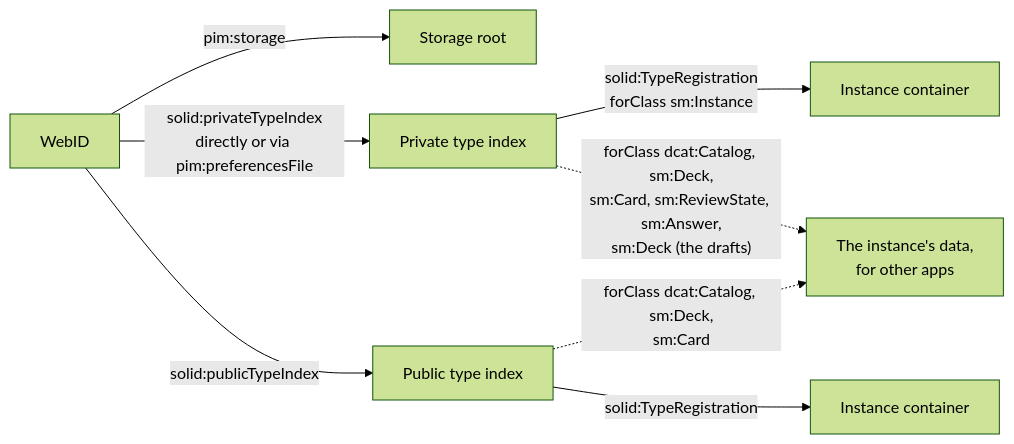
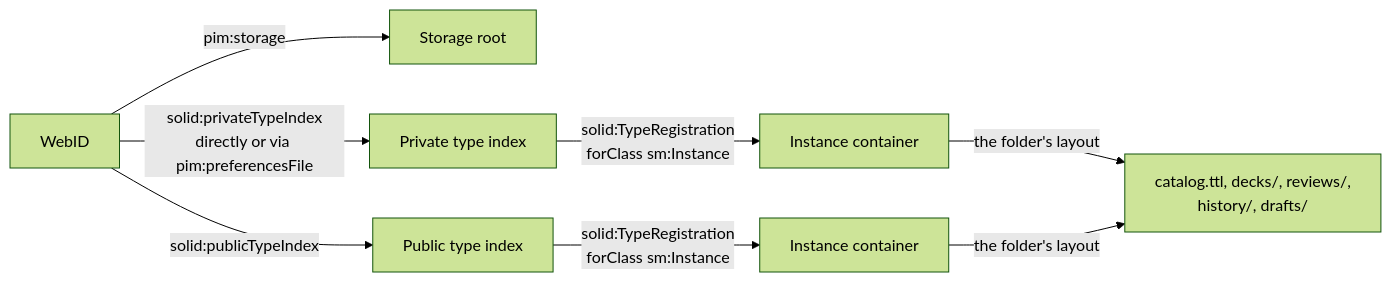
Before and after one commit to solid-memo/website: the second of 4 diagrams in docs/data-model.md, drawn with Mermaid (forest theme). The commit also changed other lines of this file and 43 other files, not shown here.

````diff
--- a/docs/data-model.md
+++ b/docs/data-model.md
@@ -50,12 +50,12 @@
 ```mermaid
 flowchart LR
     accTitle: The discovery chain
-    accDescr: From the WebID, the app follows the storage and the private and public type indexes to the instance container, and to the registrations other apps read.
+    accDescr: From the WebID, the app follows the storage and the private and public type indexes to the instance container, and from the instance's folder to the rest of its data.
     W[WebID] -->|pim:storage| S[Storage root]
     W -->|solid:privateTypeIndex<br/>directly or via pim:preferencesFile| PTI[Private type index]
     W -->|solid:publicTypeIndex| PUB[Public type index]
     PTI -->|solid:TypeRegistration<br/>forClass sm:Instance| I1[Instance container]
-    PUB -->|solid:TypeRegistration| I2[Instance container]
-    PTI -.->|"forClass dcat:Catalog, sm:Deck,<br/>sm:Card, sm:ReviewState, sm:Answer,<br/>sm:Deck (the drafts)"| D1[The instance's data,<br/>for other apps]
-    PUB -.->|"forClass dcat:Catalog, sm:Deck,<br/>sm:Card"| D1
+    PUB -->|solid:TypeRegistration<br/>forClass sm:Instance| I2[Instance container]
+    I1 -->|the folder's layout| D1["catalog.ttl, decks/, reviews/,<br/>history/, drafts/"]
+    I2 -->|the folder's layout| D1
 ```
````
